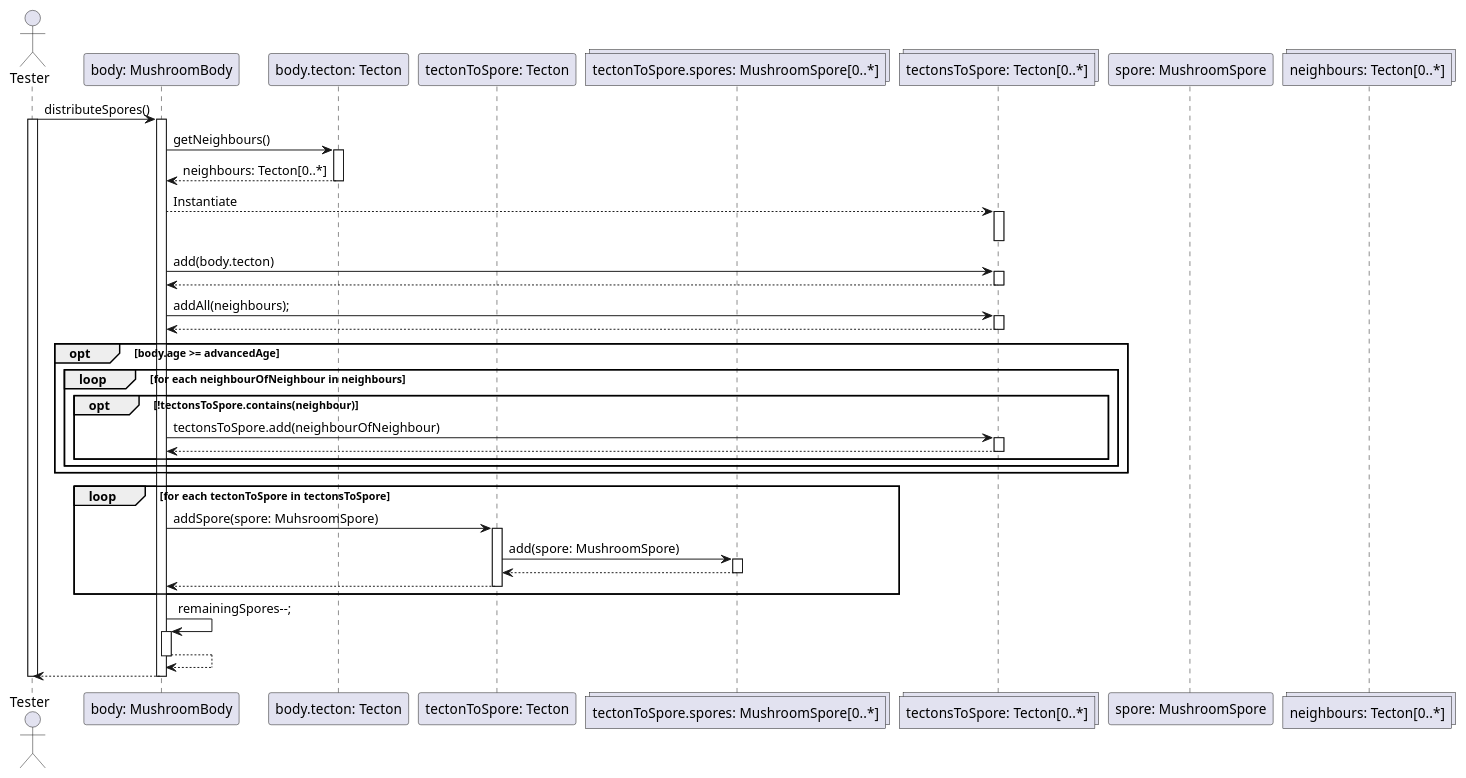
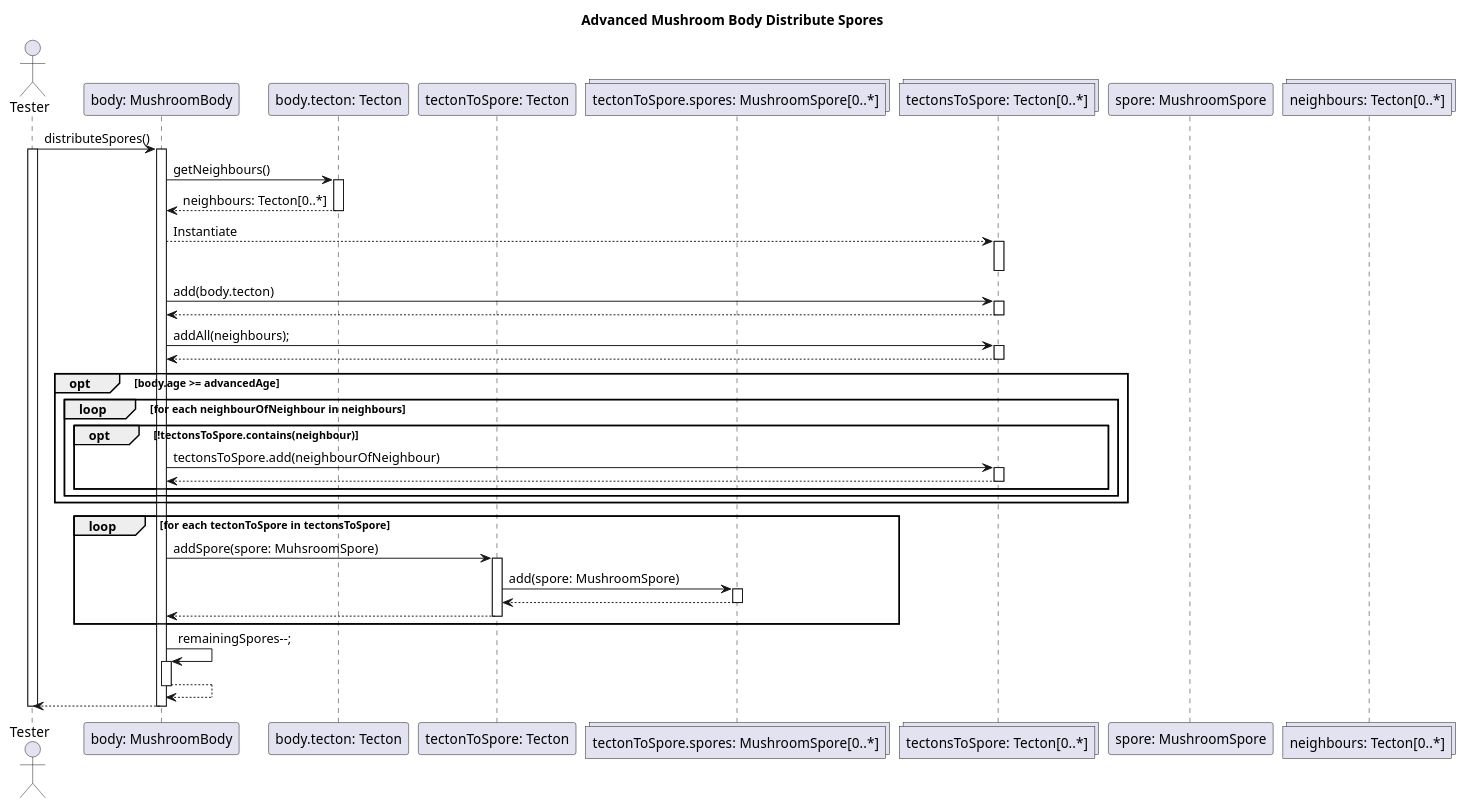
Before and after one commit to dzsem/projlab: the diagram in diagrams/test-sequence/mushroom/advancedMushroomBodyDistributeSpores.wsd, drawn with PlantUML. The commit also changed 7 other files, not shown here.

```diff
--- a/diagrams/test-sequence/mushroom/advancedMushroomBodyDistributeSpores.wsd
+++ b/diagrams/test-sequence/mushroom/advancedMushroomBodyDistributeSpores.wsd
@@ -1,70 +1,72 @@
-@startuml 
+@startuml Advanced Mushroom Body Distribute Spores
+
+title Advanced Mushroom Body Distribute Spores
 
 actor "Tester" as tester
 participant "body: MushroomBody" as body
 participant "body.tecton: Tecton" as tecton
 participant "tectonToSpore: Tecton" as tectonToSpore
 collections "tectonToSpore.spores: MushroomSpore[0..*]" as spores
 collections "tectonsToSpore: Tecton[0..*]" as tectons 
 
 participant "spore: MushroomSpore"
 collections "neighbours: Tecton[0..*]"
 
 tester -> body : distributeSpores()
 activate tester
 activate body
 
 body -> tecton : getNeighbours()
 
 activate tecton
 tecton --> body : neighbours: Tecton[0..*]
 deactivate tecton
 
 body --> tectons: Instantiate
 activate tectons
 deactivate tectons
     body -> tectons: add(body.tecton)
     activate tectons
     tectons --> body
     deactivate tectons
     
     body -> tectons: addAll(neighbours);
     activate tectons
     tectons --> body
     deactivate tectons
 
     opt body.age >= advancedAge
         loop for each neighbourOfNeighbour in neighbours
             opt !tectonsToSpore.contains(neighbour)
                 body -> tectons: tectonsToSpore.add(neighbourOfNeighbour)
                 activate tectons
                 tectons --> body
                 deactivate tectons
             end
         end
     end
 
     loop for each tectonToSpore in tectonsToSpore
         body -> tectonToSpore : addSpore(spore: MuhsroomSpore)
         activate tectonToSpore
 
         tectonToSpore -> spores: add(spore: MushroomSpore)
         activate spores
         spores --> tectonToSpore
         deactivate spores
 
         tectonToSpore --> body 
         deactivate tectonToSpore
     end
 
     body -> body: remainingSpores--;
     activate body
     body --> body
     deactivate body
 
 tester <-- body
 deactivate body
 deactivate tester
 
 
 @enduml
```
